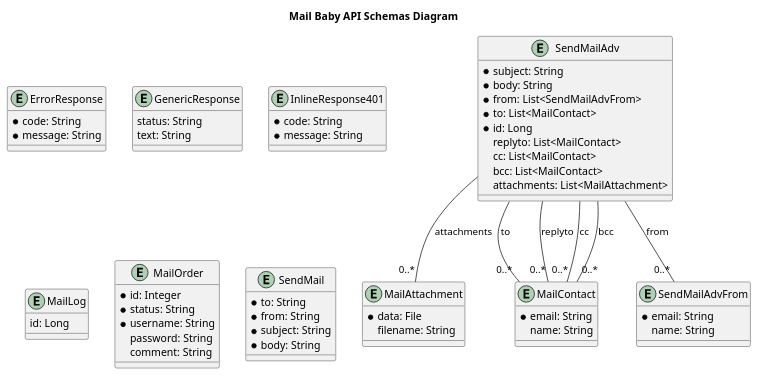
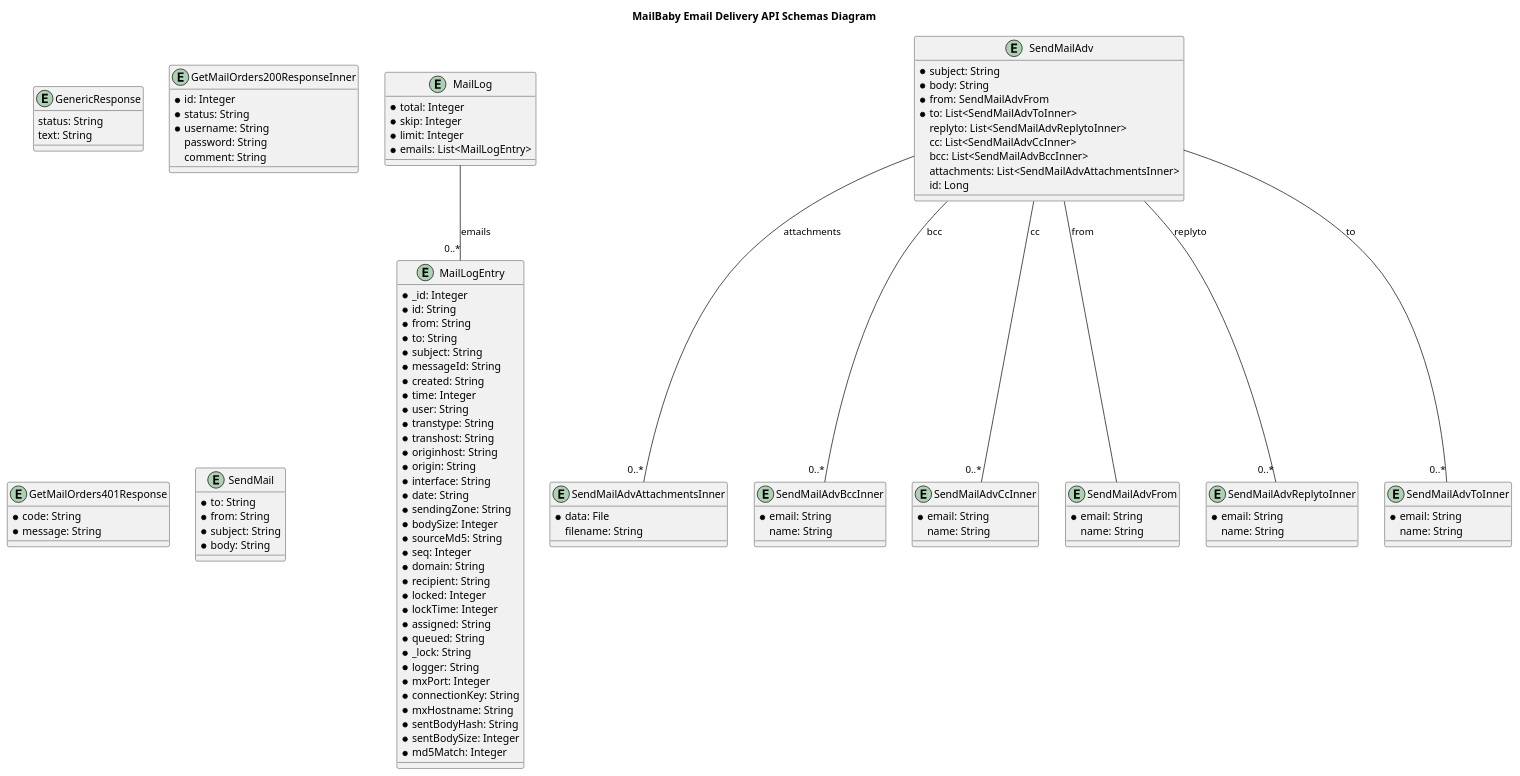
One commit to interserver/mailbaby-api-samples changed the diagram in openapi-documentation/plantuml/schemas.plantuml. Above: the diagram before and after it, drawn with PlantUML. The commit also changed 3308 other files, not shown here.

```diff
--- a/openapi-documentation/plantuml/schemas.plantuml
+++ b/openapi-documentation/plantuml/schemas.plantuml
@@ -1,74 +1,124 @@
 @startuml
 
-title Mail Baby API Schemas Diagram
+title MailBaby Email Delivery API Schemas Diagram
 
-entity ErrorResponse { 
-    * code: String
-    * message: String
-}
-
-entity GenericResponse { 
+entity GenericResponse {
     status: String
     text: String
 }
 
-entity InlineResponse401 { 
-    * code: String
-    * message: String
-}
-
-entity MailAttachment { 
-    * data: File
-    filename: String
-}
-
-entity MailContact { 
-    * email: String
-    name: String
-}
-
-entity MailLog { 
-    id: Long
-}
-
-entity MailOrder { 
+entity GetMailOrders200ResponseInner {
     * id: Integer
     * status: String
     * username: String
     password: String
     comment: String
 }
 
-entity SendMail { 
+entity GetMailOrders401Response {
+    * code: String
+    * message: String
+}
+
+entity MailLog {
+    * total: Integer
+    * skip: Integer
+    * limit: Integer
+    * emails: List<MailLogEntry>
+}
+
+entity MailLogEntry {
+    * _id: Integer
+    * id: String
+    * from: String
+    * to: String
+    * subject: String
+    * messageId: String
+    * created: String
+    * time: Integer
+    * user: String
+    * transtype: String
+    * transhost: String
+    * originhost: String
+    * origin: String
+    * interface: String
+    * date: String
+    * sendingZone: String
+    * bodySize: Integer
+    * sourceMd5: String
+    * seq: Integer
+    * domain: String
+    * recipient: String
+    * locked: Integer
+    * lockTime: Integer
+    * assigned: String
+    * queued: String
+    * _lock: String
+    * logger: String
+    * mxPort: Integer
+    * connectionKey: String
+    * mxHostname: String
+    * sentBodyHash: String
+    * sentBodySize: Integer
+    * md5Match: Integer
+}
+
+entity SendMail {
     * to: String
     * from: String
     * subject: String
     * body: String
 }
 
-entity SendMailAdv { 
+entity SendMailAdv {
     * subject: String
     * body: String
-    * from: List<SendMailAdvFrom>
-    * to: List<MailContact>
-    * id: Long
-    replyto: List<MailContact>
-    cc: List<MailContact>
-    bcc: List<MailContact>
-    attachments: List<MailAttachment>
+    * from: SendMailAdvFrom
+    * to: List<SendMailAdvToInner>
+    replyto: List<SendMailAdvReplytoInner>
+    cc: List<SendMailAdvCcInner>
+    bcc: List<SendMailAdvBccInner>
+    attachments: List<SendMailAdvAttachmentsInner>
+    id: Long
 }
 
-entity SendMailAdvFrom { 
+entity SendMailAdvAttachmentsInner {
+    * data: File
+    filename: String
+}
+
+entity SendMailAdvBccInner {
+    * email: String
+    name: String
+}
+
+entity SendMailAdvCcInner {
+    * email: String
+    name: String
+}
+
+entity SendMailAdvFrom {
+    * email: String
+    name: String
+}
+
+entity SendMailAdvReplytoInner {
+    * email: String
+    name: String
+}
+
+entity SendMailAdvToInner {
     * email: String
     name: String
 }
 
 
-SendMailAdv -- "0..*" SendMailAdvFrom : from
-SendMailAdv -- "0..*" MailContact : to
-SendMailAdv -- "0..*" MailContact : replyto
-SendMailAdv -- "0..*" MailContact : cc
-SendMailAdv -- "0..*" MailContact : bcc
-SendMailAdv -- "0..*" MailAttachment : attachments
+SendMailAdv -- SendMailAdvFrom : from
+SendMailAdv -- "0..*" SendMailAdvToInner : to
+SendMailAdv -- "0..*" SendMailAdvReplytoInner : replyto
+SendMailAdv -- "0..*" SendMailAdvCcInner : cc
+SendMailAdv -- "0..*" SendMailAdvBccInner : bcc
+SendMailAdv -- "0..*" SendMailAdvAttachmentsInner : attachments
+MailLog -- "0..*" MailLogEntry : emails
 
 @enduml
```
